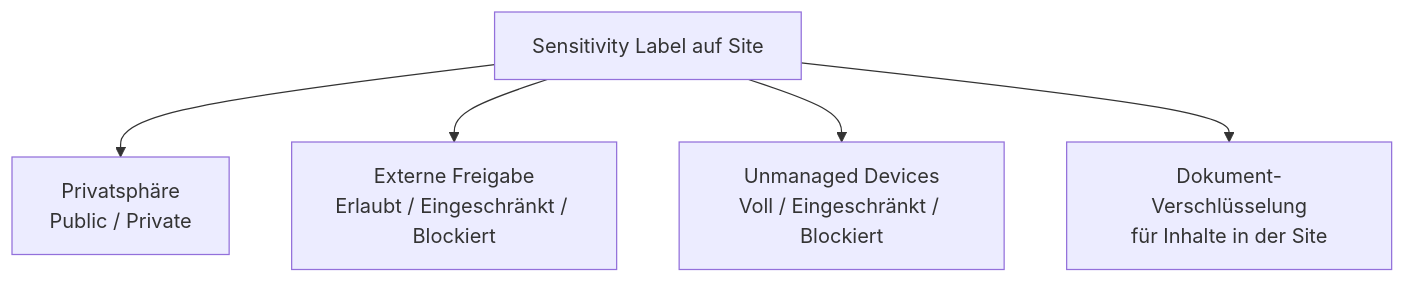
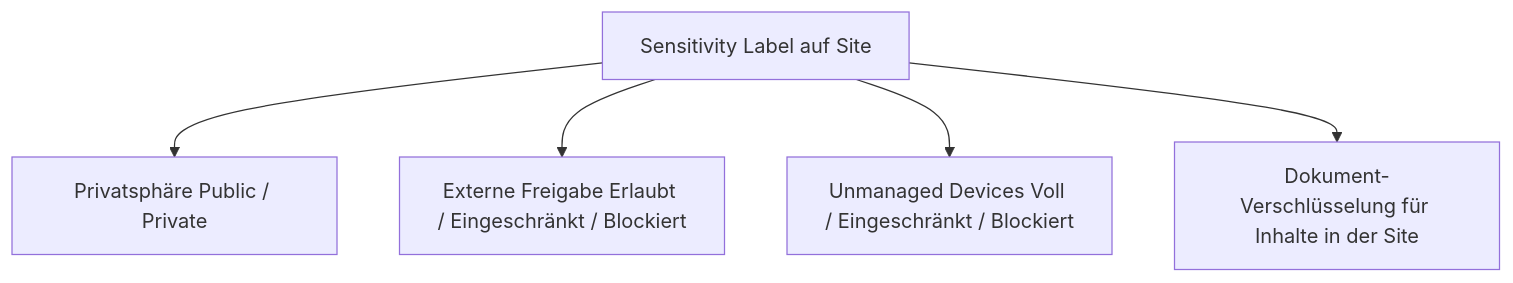
The eighth of 9 diagrams in Microsoft 365/SharePoint OneDrive/Berechtigungen und Sharing.md (SoniiiT/notes-n-docs), drawn with Mermaid before and after one commit. The commit also changed other lines of this file and 124 other files, not shown here.

First line of the commit message:
fix: Entferne \n aus allen Mermaid-Diagrammen (125 Dateien)

````diff
--- a/Microsoft 365/SharePoint OneDrive/Berechtigungen und Sharing.md
+++ b/Microsoft 365/SharePoint OneDrive/Berechtigungen und Sharing.md
@@ -593,7 +593,7 @@
 ```mermaid
 graph TD
-    SL[Sensitivity Label auf Site] --> PV[Privatsphäre\nPublic / Private]
-    SL --> EX[Externe Freigabe\nErlaubt / Eingeschränkt / Blockiert]
-    SL --> UD[Unmanaged Devices\nVoll / Eingeschränkt / Blockiert]
-    SL --> EN[Dokument-Verschlüsselung\nfür Inhalte in der Site]
+    SL[Sensitivity Label auf Site] --> PV[Privatsphäre Public / Private]
+    SL --> EX[Externe Freigabe Erlaubt / Eingeschränkt / Blockiert]
+    SL --> UD[Unmanaged Devices Voll / Eingeschränkt / Blockiert]
+    SL --> EN[Dokument-Verschlüsselung für Inhalte in der Site]
 ```
````
